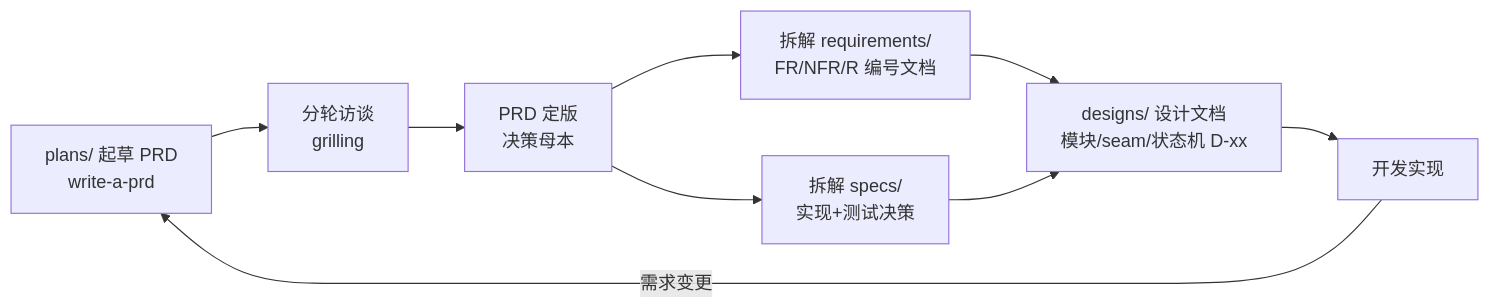
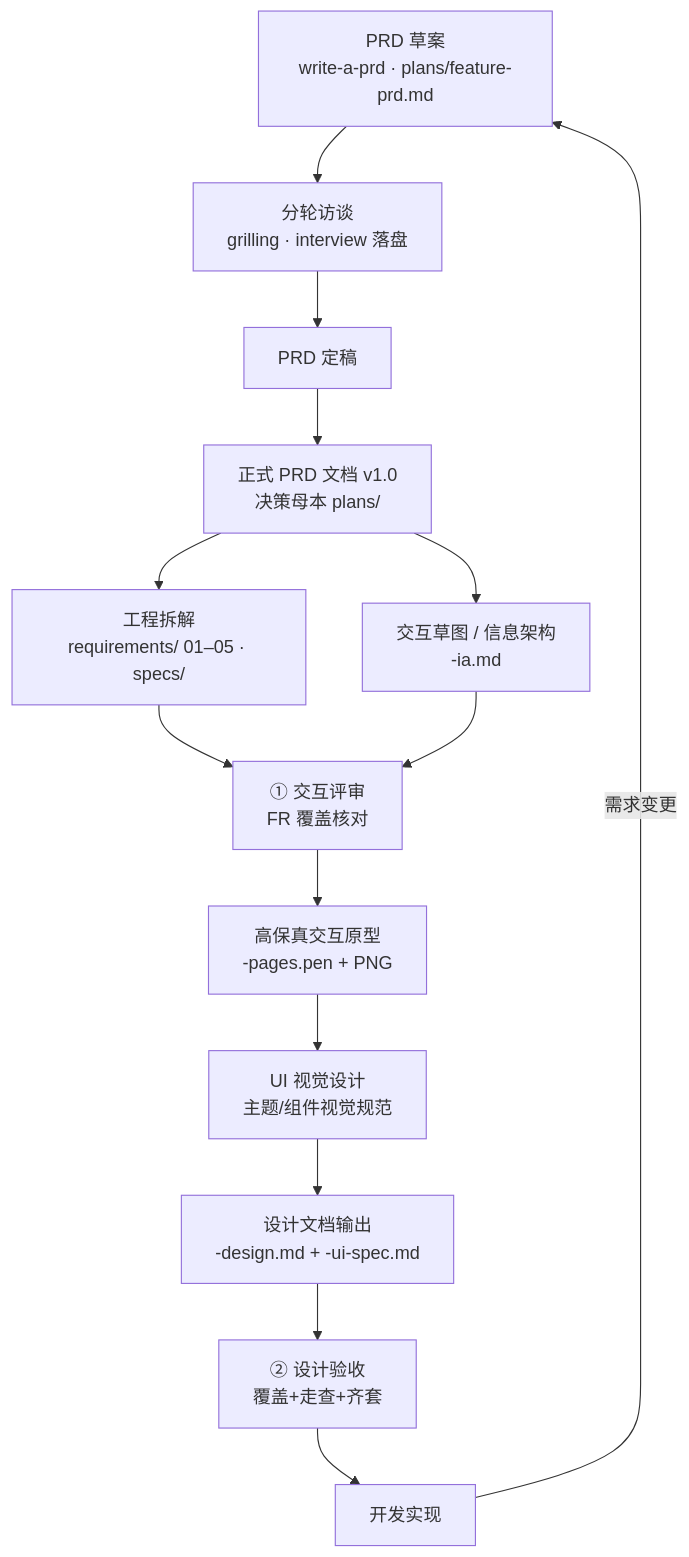
The first of 2 diagrams in README.md (ChiYouIc/ehub-ai-workbench-prd), drawn with Mermaid before and after one commit. The commit also changed other lines of this file and 5 other files, not shown here.

````diff
--- a/README.md
+++ b/README.md
@@ -49,11 +64,16 @@
 ```mermaid
-flowchart LR
-    A[plans/ 起草 PRD<br/>write-a-prd] --> B[分轮访谈<br/>grilling]
-    B --> C[PRD 定版<br/>决策母本]
-    C --> D[拆解 requirements/<br/>FR/NFR/R 编号文档]
-    C --> E[拆解 specs/<br/>实现+测试决策]
-    D --> G[designs/ 设计文档<br/>模块/seam/状态机 D-xx]
-    E --> G
-    G --> F[开发实现]
-    F -->|需求变更| A
+flowchart TD
+    A[PRD 草案<br/>write-a-prd · plans/feature-prd.md] --> B[分轮访谈<br/>grilling · interview 落盘]
+    B --> C[PRD 定稿]
+    C --> D[正式 PRD 文档 v1.0<br/>决策母本 plans/]
+    D --> E[工程拆解<br/>requirements/ 01–05 · specs/]
+    D --> F[交互草图 / 信息架构<br/>-ia.md]
+    E --> G[① 交互评审<br/>FR 覆盖核对]
+    F --> G
+    G --> H[高保真交互原型<br/>-pages.pen + PNG]
+    H --> I[UI 视觉设计<br/>主题/组件视觉规范]
+    I --> J[设计文档输出<br/>-design.md + -ui-spec.md]
+    J --> K[② 设计验收<br/>覆盖+走查+齐套]
+    K --> L[开发实现]
+    L -->|需求变更| A
 ```
````
